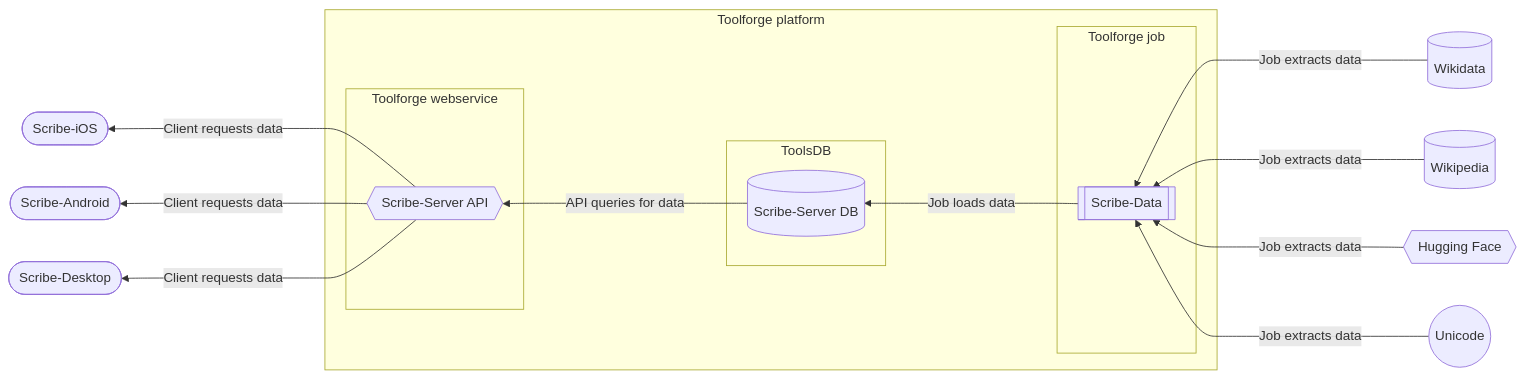
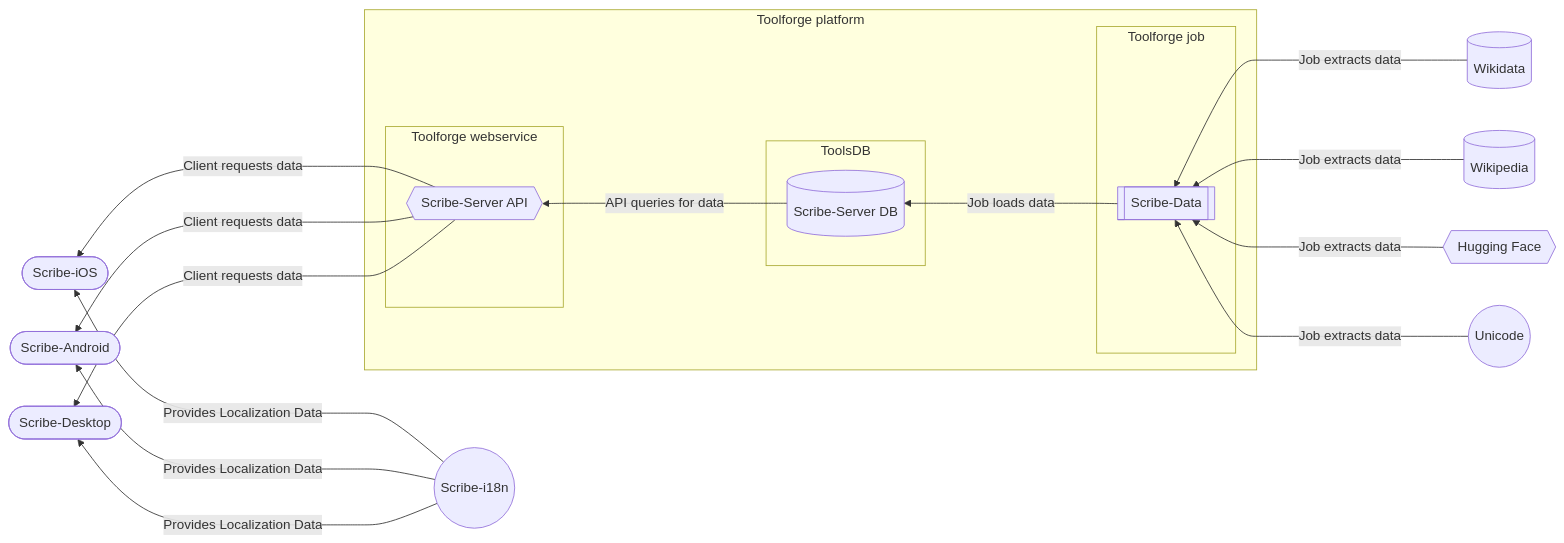
Before and after one commit to scribe-org/Organization: the first of 2 diagrams in ARCHITECTURE.md, drawn with Mermaid.

Commit message:
Added Scribe-i18n to ARCHITECTURE.md

````diff
--- a/ARCHITECTURE.md
+++ b/ARCHITECTURE.md
@@ -18,42 +18,46 @@
 ```mermaid
     graph RL
         %%%%
         %% ENTITIES
 
         %% Scribe clients
         IOS([Scribe-iOS])
         ADR([Scribe-Android])
         DSK([Scribe-Desktop])
+
+        %% Client dependencies
+        I18N((Scribe-i18n))
 
         %% Scribe data/service
         API{{Scribe-Server API}}
         DBS[(Scribe-Server DB)]
         DAT[[Scribe-Data]]
 
         %% Data sources
         WKD[(Wikidata)]
         WKP[(Wikipedia)]
         HGF{{Hugging Face}}
         UNI((Unicode))
 
         %% Toolforge (WMCS)
         subgraph TFP [Toolforge platform]
             subgraph TFW [Toolforge webservice]
                 API
             end
             subgraph TDB [ToolsDB]
                 DBS
             end
             subgraph TFJ [Toolforge job]
                 DAT
             end
         end
 
         %%%%
         %% DATA FLOW
 
+        I18N --->|Provides Localization Data| IOS & ADR & DSK
         API --->|Client requests data| IOS & ADR & DSK
         DBS --->|API queries for data| API
         DAT --->|Job loads data| DBS
         WKD & WKP & HGF & UNI --->|Job extracts data| DAT
 ```
````
